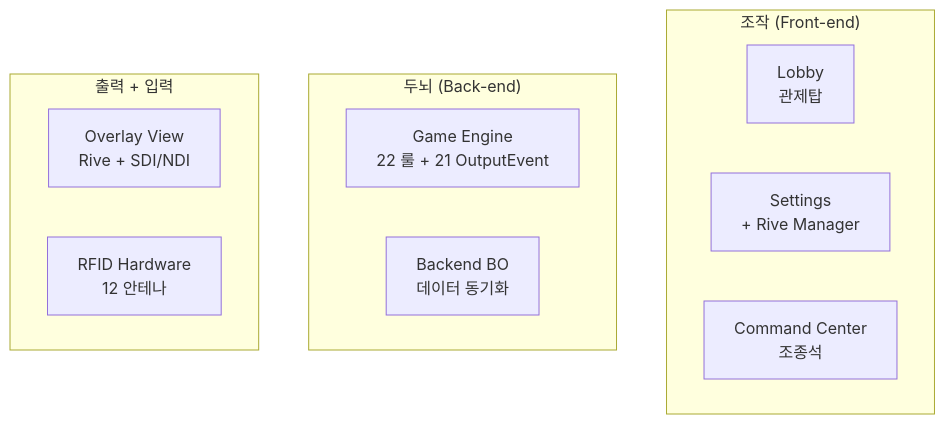
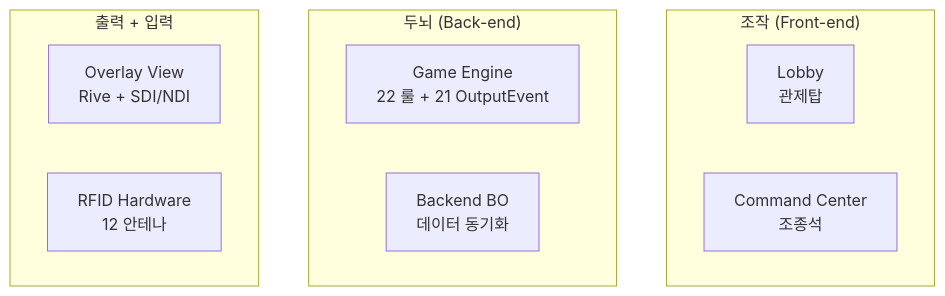
The eighth of 16 diagrams in docs/1. Product/Foundation.md (garimto81/ebs_github), drawn with Mermaid before and after one commit. The commit also changed other lines of this file, not shown here.

````diff
--- a/docs/1. Product/Foundation.md
+++ b/docs/1. Product/Foundation.md
@@ -481,16 +457,15 @@
 ```mermaid
 flowchart TD
     subgraph G1["조작 (Front-end)"]
         L[Lobby<br/>관제탑]
-        S[Settings<br/>+ Rive Manager]
         CC[Command Center<br/>조종석]
     end
     subgraph G2["두뇌 (Back-end)"]
         E[Game Engine<br/>22 룰 + 21 OutputEvent]
         BO[Backend BO<br/>데이터 동기화]
     end
     subgraph G3["출력 + 입력"]
         O[Overlay View<br/>Rive + SDI/NDI]
         H[RFID Hardware<br/>12 안테나]
     end
 ```
````
